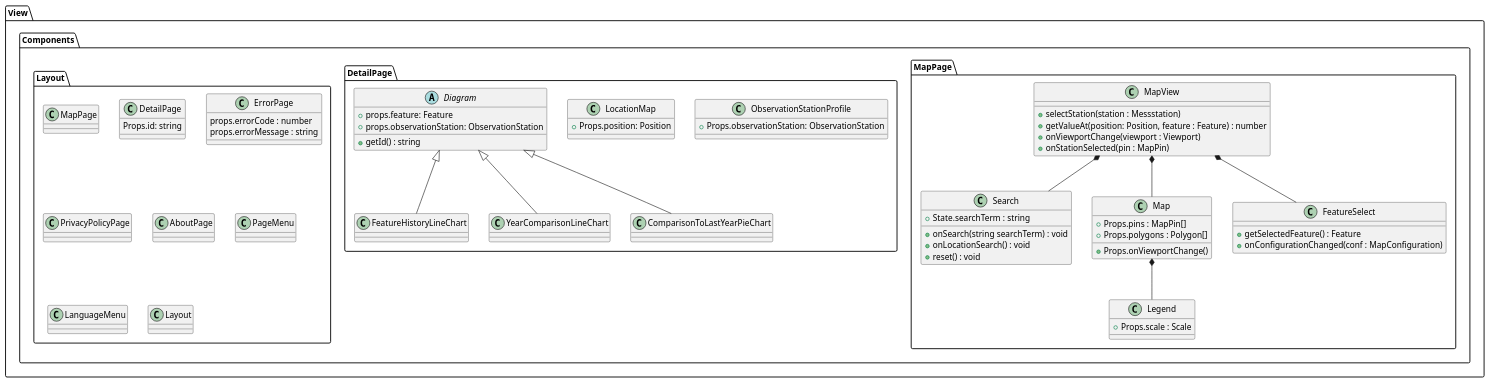
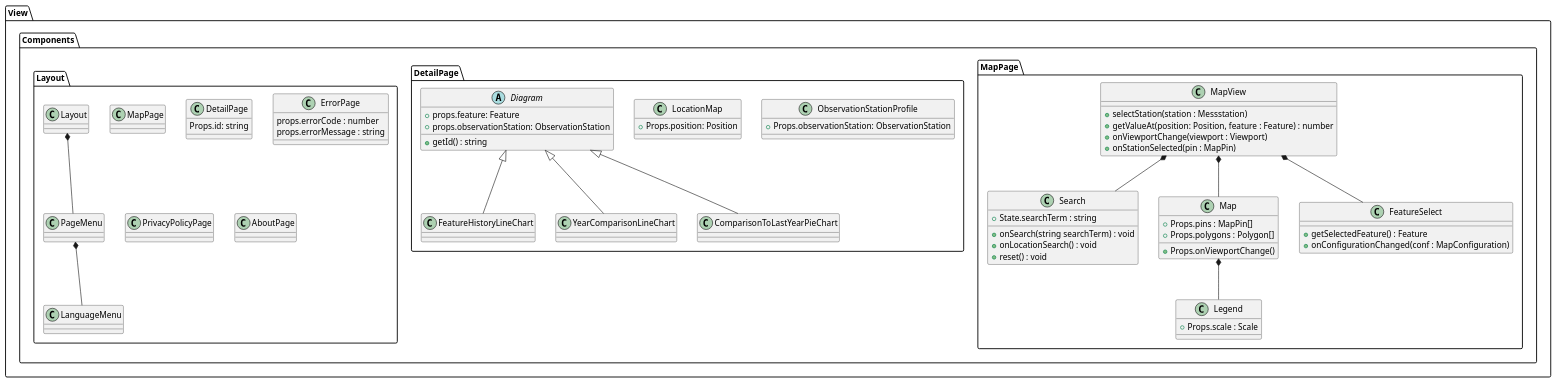
One commit to JonaEnz/pse-airquality-1 changed the diagram in Entwurf/PlantUML/ClassDiagrams/MVC/View.puml. Above: the diagram before and after it, drawn with PlantUML. The commit also changed 17 other files, not shown here.

Commit message:
Update graphics

```diff
--- a/Entwurf/PlantUML/ClassDiagrams/MVC/View.puml
+++ b/Entwurf/PlantUML/ClassDiagrams/MVC/View.puml
@@ -1,78 +1,81 @@
 @startuml View
 
 namespace View {
     namespace Components {
         namespace MapPage {
 
             'View.Components.Layout.MapPage *-- View.Components.MapPage.MapView
             
             MapView *-- Search
             
             MapView *-- Map
             MapView *-- FeatureSelect
 
             Map *-- Legend
 
             class FeatureSelect {
                 + getSelectedFeature() : Feature
                 + onConfigurationChanged(conf : MapConfiguration)
             }
             class Search {
                 + State.searchTerm : string
                 + onSearch(string searchTerm) : void
                 + onLocationSearch() : void
                 + reset() : void
             }
 
             class MapView {
                 + selectStation(station : Messstation)
                 + getValueAt(position: Position, feature : Feature) : number
                 + onViewportChange(viewport : Viewport)
                 + onStationSelected(pin : MapPin)
             }
             class Map {
                 + Props.pins : MapPin[]
                 + Props.polygons : Polygon[]
                 + Props.onViewportChange()
             }
             class Legend {
                 + Props.scale : Scale
             }
         }
         namespace DetailPage {
             class ObservationStationProfile {
                 + Props.observationStation: ObservationStation
             }
             class LocationMap {
                 + Props.position: Position
             }
             abstract Diagram {
                 + props.feature: Feature
                 + props.observationStation: ObservationStation
                 + getId() : string
             }
             class FeatureHistoryLineChart extends Diagram
             class YearComparisonLineChart extends Diagram
             class ComparisonToLastYearPieChart extends Diagram
         }
 
 
         namespace Layout {
+            Layout *-- PageMenu
+            PageMenu *-- LanguageMenu
+
             class MapPage
             class DetailPage {
                 Props.id: string
             }
             class ErrorPage {
                 props.errorCode : number
                 props.errorMessage : string
             }
             class PrivacyPolicyPage
             class AboutPage
             class PageMenu
             class LanguageMenu
             class Layout
         }
     }
 }
 
 @enduml
```
